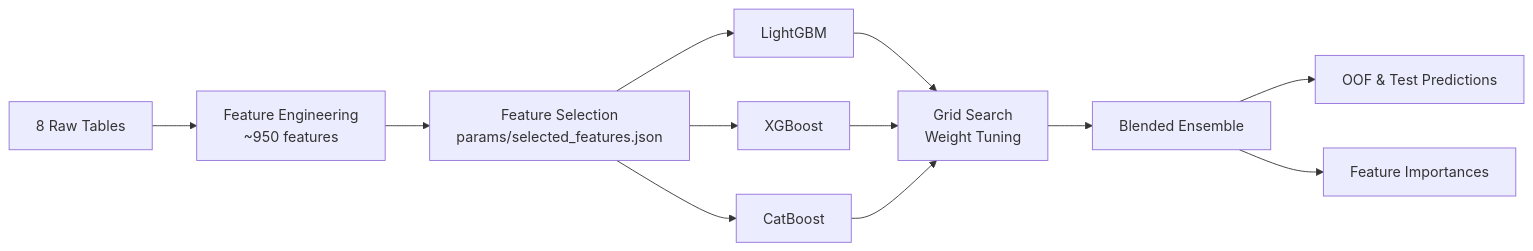
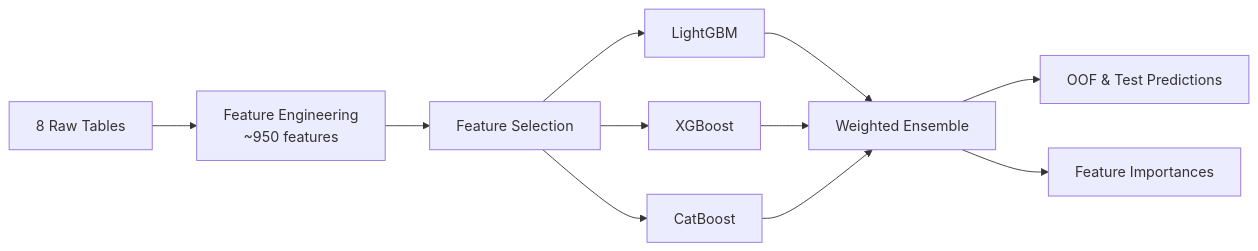
One commit to oliver-house/loan-default-prediction changed the diagram in README.md. Above: the diagram before and after it, drawn with Mermaid.

Commit message:
Fix pipeline diagram in README

````diff
--- a/README.md
+++ b/README.md
@@ -7,12 +7,11 @@
 ```mermaid
 flowchart LR
     A[8 Raw Tables] --> B[Feature Engineering\n~950 features]
-    B --> C[Feature Selection\nparams/selected_features.json]
+    B --> C[Feature Selection]
     C --> D[LightGBM]
     C --> E[XGBoost]
     C --> F[CatBoost]
-    D & E & F --> G[Grid Search\nWeight Tuning]
-    G --> H[Blended Ensemble]
-    H --> I[OOF & Test Predictions]
-    H --> J[Feature Importances]
+    D & E & F --> G[Weighted Ensemble]
+    G --> H[OOF & Test Predictions]
+    G --> I[Feature Importances]
 ```
````
